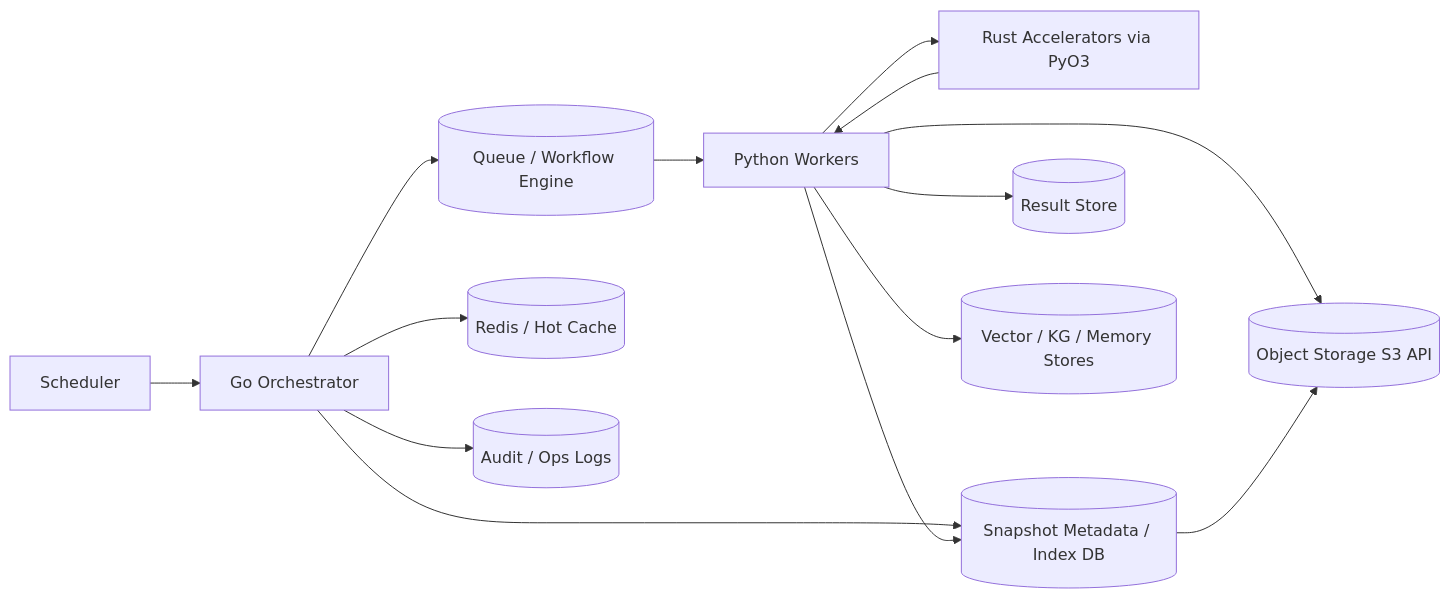
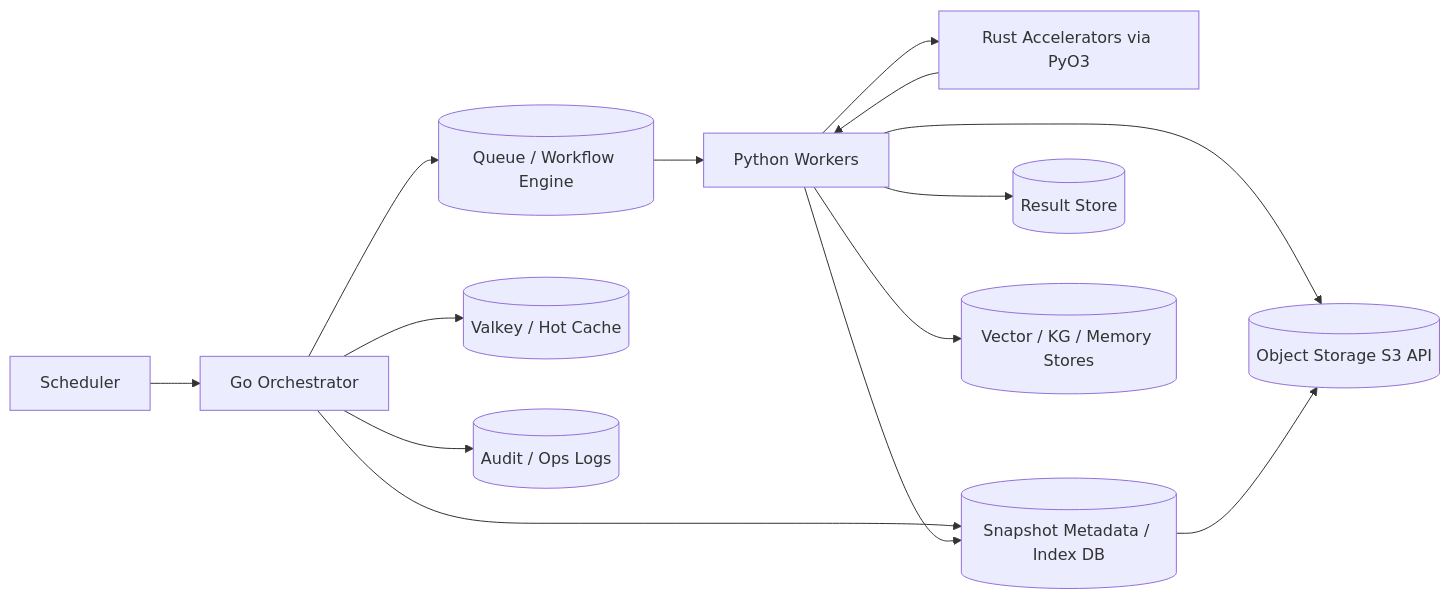
The second of 2 diagrams in docs/specs/architecture/ARCHITECTURE_BASELINE.md (japorto100/trading-project), drawn with Mermaid before and after one commit. The commit also changed other lines of this file and 1361 other files, not shown here.

````diff
--- a/docs/specs/architecture/ARCHITECTURE_BASELINE.md
+++ b/docs/specs/architecture/ARCHITECTURE_BASELINE.md
@@ -78,16 +78,16 @@
 ```mermaid
 flowchart LR
     S[Scheduler] --> O[Go Orchestrator]
     O --> Q[(Queue / Workflow Engine)]
     Q --> W[Python Workers]
     W --> X[Rust Accelerators via PyO3]
     X --> W
-    O --> RC[(Redis / Hot Cache)]
+    O --> RC[(Valkey / Hot Cache)]
     O --> SI[(Snapshot Metadata / Index DB)]
     W --> OS[(Object Storage S3 API)]
     W --> RS[(Result Store)]
     W --> VC[(Vector / KG / Memory Stores)]
     W --> SI
     SI --> OS
     O --> AO[(Audit / Ops Logs)]
 ```
````
